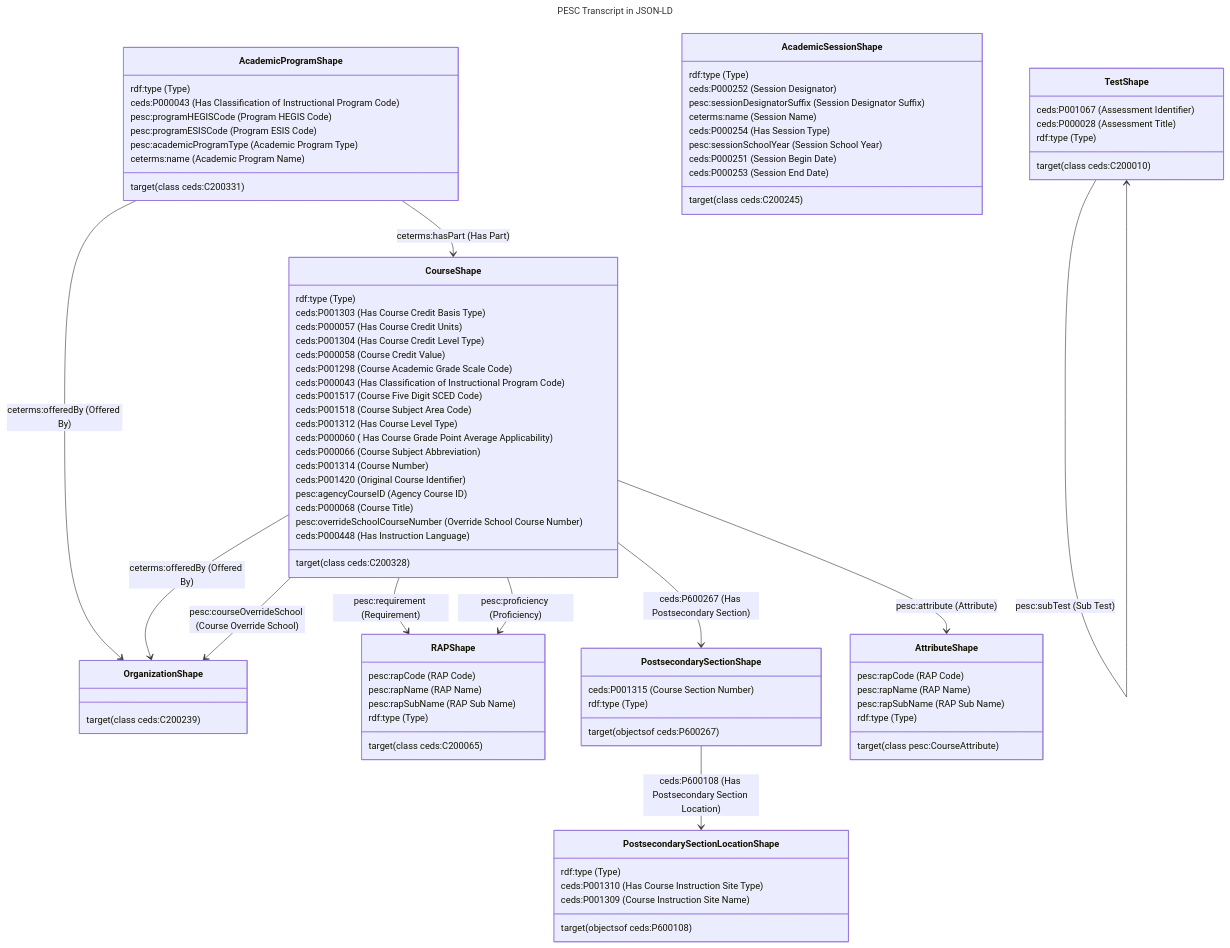
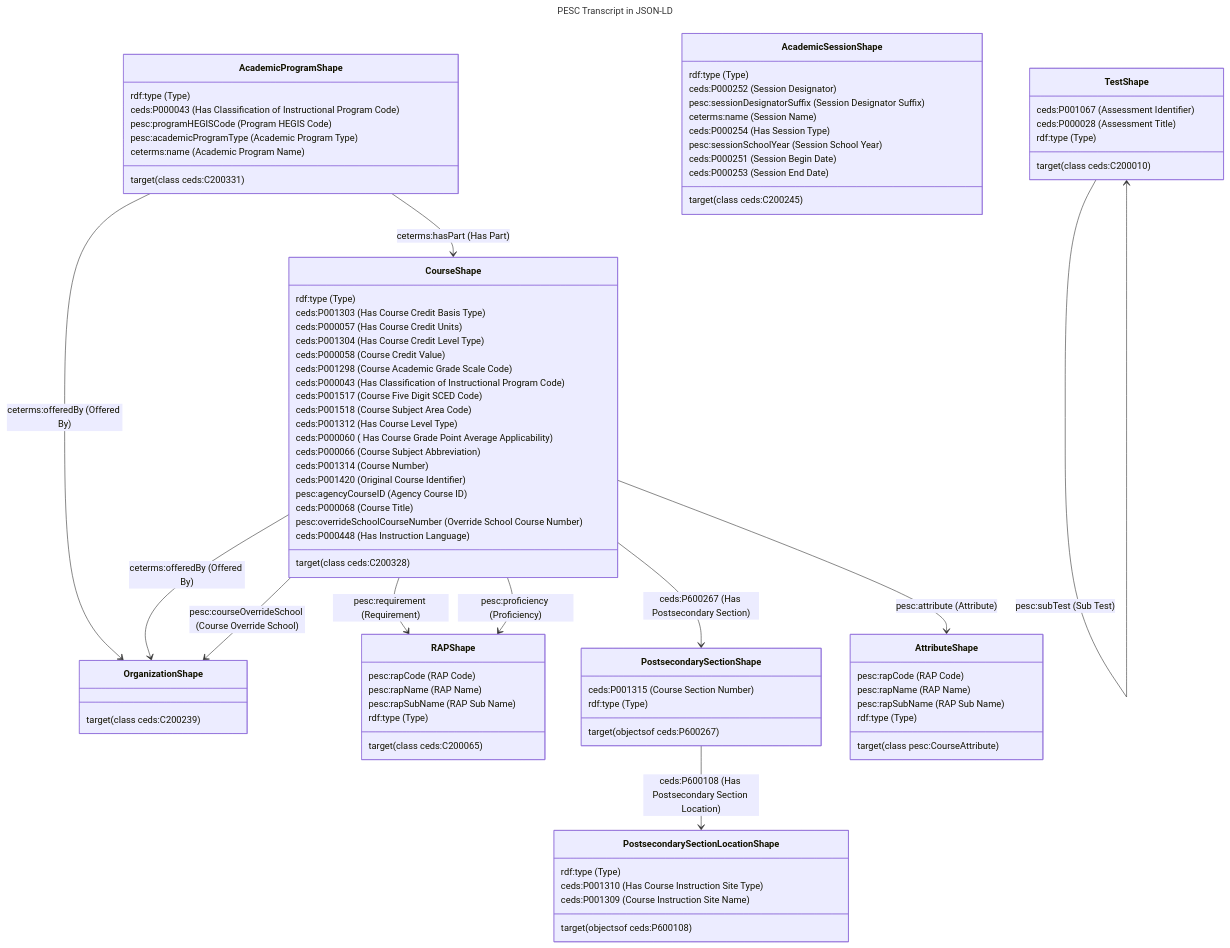
Before and after one commit to pesc-org/json-ld-transcript: the diagram in TAP+SHACL/course-related.md, drawn with Mermaid. The commit also changed 7 other files, not shown here.

Commit message:
rmv Program ESIS code

```diff
--- a/TAP+SHACL/course-related.md
+++ b/TAP+SHACL/course-related.md
@@ -33,7 +33,6 @@
 	AcademicProgramShape --> OrganizationShape : ceterms#58;offeredBy #40;Offered By#41;
 	AcademicProgramShape : ceds#58;P000043 #40;Has Classification of Instructional Program Code#41;
 	AcademicProgramShape : pesc#58;programHEGISCode #40;Program HEGIS Code#41;
-	AcademicProgramShape : pesc#58;programESISCode #40;Program ESIS Code#41;
 	AcademicProgramShape : pesc#58;academicProgramType #40;Academic Program Type#41;
 	AcademicProgramShape : ceterms#58;name #40;Academic Program Name#41;
 	AcademicSessionShape : rdf#58;type #40;Type#41;
```
